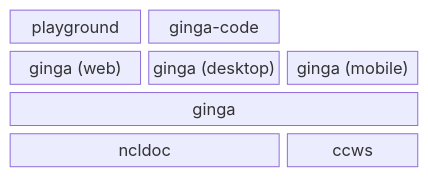
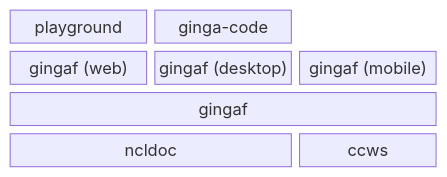
The diagram in README.md (ginga-org-br/gingaf), drawn with Mermaid before and after one commit. The commit also changed other lines of this file, not shown here.

````diff
--- a/README.md
+++ b/README.md
@@ -11,13 +13,13 @@
 ```mermaid
 block-beta
 columns 3
-  ginga_node["playground"]
+  playground["playground"]
   ginga_code["ginga-code"]
   space
-  ginga_web["ginga (web)"]
-  ginga_desktop["ginga (desktop)"]
-  ginga_mobile["ginga (mobile)"]
-  ginga["ginga"]:3
+  web["gingaf (web)"]
+  desktop["gingaf (desktop)"]
+  mobile["gingaf (mobile)"]
+  gingaf["gingaf"]:3
   ncldoc["ncldoc"]:2
   ccws["ccws"]:1
 ```
````
